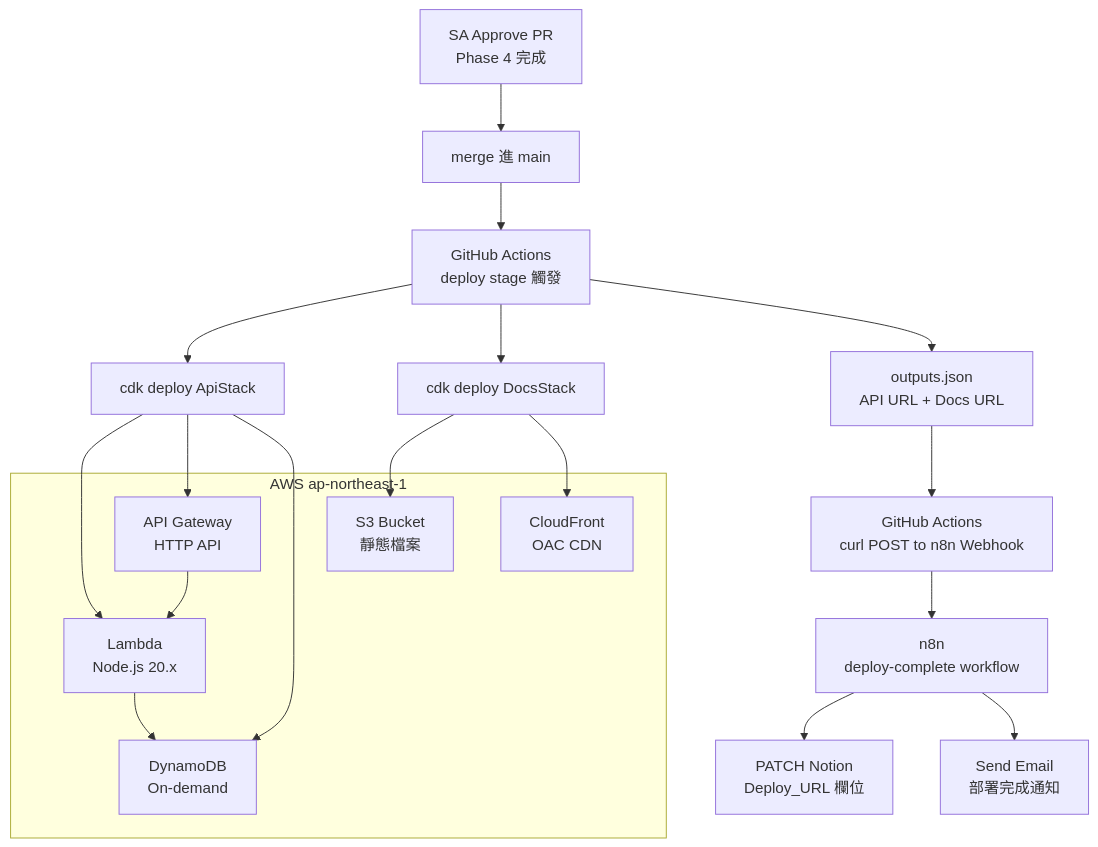
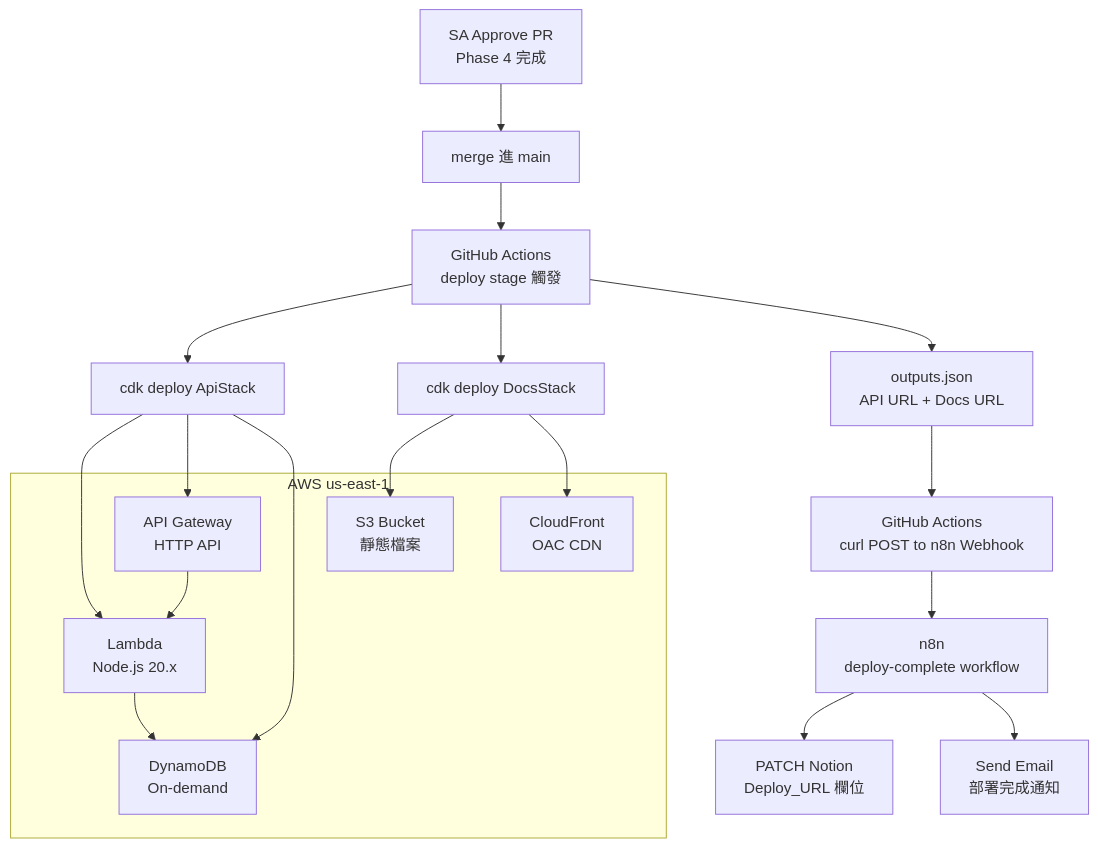
Before and after one commit to xu3clayu83ire/awtw-short-url-service: the diagram in _spec/phase5-aws-deploy/design.md, drawn with Mermaid. The commit also changed other lines of this file and 3 other files, not shown here.

Commit message:
docs: Phase 5 AWS region 改為 us-east-1，並記錄開發策略（基礎設施直接做／功能開發走開票流程）

````diff
--- a/_spec/phase5-aws-deploy/design.md
+++ b/_spec/phase5-aws-deploy/design.md
@@ -10,33 +10,33 @@
 ```mermaid
 flowchart TD
     A[SA Approve PR\nPhase 4 完成] --> B[merge 進 main]
 
     B --> C[GitHub Actions\ndeploy stage 觸發]
 
     C --> D[cdk deploy ApiStack]
     C --> E[cdk deploy DocsStack]
 
     D --> F[Lambda\nNode.js 20.x]
     D --> G[API Gateway\nHTTP API]
     D --> H[DynamoDB\nOn-demand]
 
     E --> I[S3 Bucket\n靜態檔案]
     E --> J[CloudFront\nOAC CDN]
 
     F --> H
     G --> F
 
     C --> K[outputs.json\nAPI URL + Docs URL]
     K --> L[GitHub Actions\ncurl POST to n8n Webhook]
     L --> M[n8n\ndeploy-complete workflow]
     M --> N[PATCH Notion\nDeploy_URL 欄位]
     M --> O[Send Email\n部署完成通知]
 
-    subgraph AWS ap-northeast-1
+    subgraph AWS us-east-1
         F
         G
         H
         I
         J
     end
 ```
````
